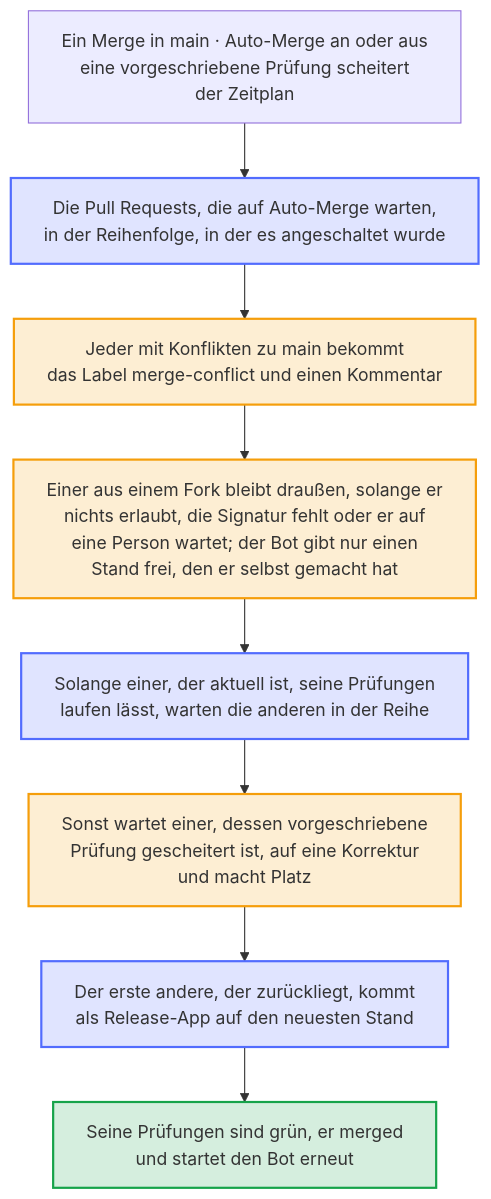
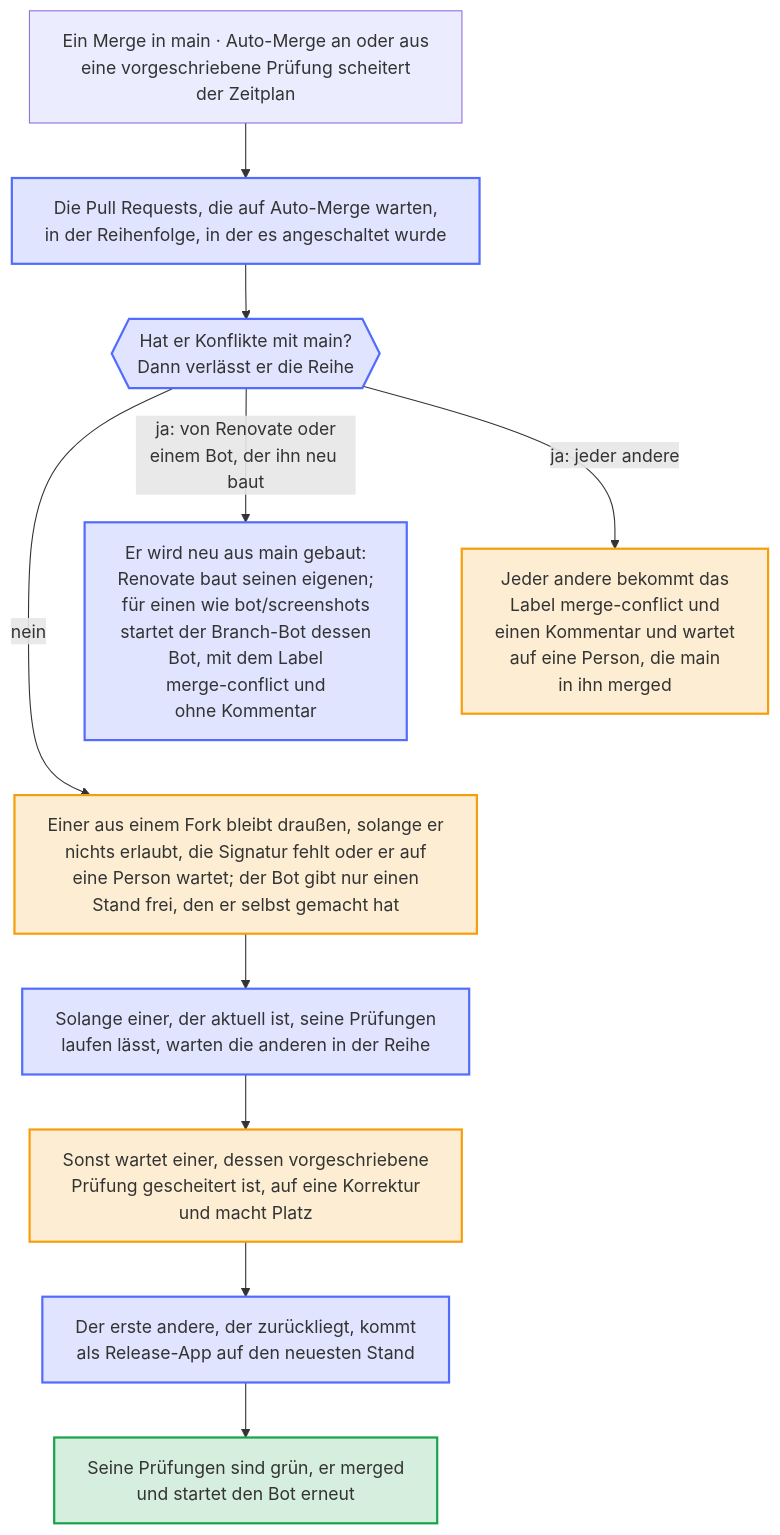
One commit to Dennis-Otto/repo-blueprint changed the diagram in docs/diagrams/the-line-of-the-branch-bot.de.mmd. Above: the diagram before and after it, drawn with Mermaid. The commit also changed 8 other files, not shown here.

First line of the commit message:
docs: the diagram of the branch bot shows the bot branches that it builds anew (#669)

```diff
--- a/docs/diagrams/the-line-of-the-branch-bot.de.mmd
+++ b/docs/diagrams/the-line-of-the-branch-bot.de.mmd
@@ -1,32 +1,39 @@
 ---
 config:
   flowchart:
     wrappingWidth: 400
 ---
 flowchart TB
     accTitle: Die Reihe des Branch-Bots
-    accDescr: Ein Merge in main, ein an- oder ausgeschaltetes Auto-Merge oder eine vorgeschriebene Prüfung eines Pull Requests, die scheitert, startet den Branch-Bot. Er nimmt die Pull Requests, die auf Auto-Merge warten, in der Reihenfolge, in der es angeschaltet wurde. Einer mit Konflikten zu main bekommt das Label merge-conflict und einen Kommentar. Einer aus einem Fork bleibt außerhalb der Reihe, solange sein Autor keine Änderungen durch Maintainer erlaubt, ein Commit keine geprüfte Signatur hat oder seine Läufe auf eine Person warten; der Bot gibt sie nur für einen Stand frei, den er selbst auf Commits gemacht hat, die eine Person freigegeben hat. Solange die Prüfungen eines aktuellen laufen, warten die anderen in der Reihe. Sonst wartet einer, dessen vorgeschriebene Prüfung gescheitert ist, auf eine Korrektur, und der Bot bringt den ersten anderen, der zurückliegt, als Release-App auf den neuesten Stand. Seine Prüfungen laufen, und sobald sie grün sind, merged er, was den Bot für den nächsten erneut startet.
+    accDescr: Ein Merge in main, ein an- oder ausgeschaltetes Auto-Merge oder eine vorgeschriebene Prüfung eines Pull Requests, die scheitert, startet den Branch-Bot. Er nimmt die Pull Requests, die auf Auto-Merge warten, in der Reihenfolge, in der es angeschaltet wurde. Einer mit Konflikten zu main verlässt die Reihe. Einen eigenen Branch baut Renovate neu. Der Branch eines Bots, der ihn neu baut, etwa bot/screenshots, bekommt das Label merge-conflict, und der Branch-Bot startet diesen Bot, der ihn neu aus main baut, ohne Kommentar, da niemand handeln muss. Jeder andere bekommt das Label merge-conflict und einen Kommentar und wartet auf eine Person, die main in ihn merged. Einer aus einem Fork bleibt außerhalb der Reihe, solange sein Autor keine Änderungen durch Maintainer erlaubt, ein Commit keine geprüfte Signatur hat oder seine Läufe auf eine Person warten; der Bot gibt sie nur für einen Stand frei, den er selbst auf Commits gemacht hat, die eine Person freigegeben hat. Solange die Prüfungen eines aktuellen laufen, warten die anderen in der Reihe. Sonst wartet einer, dessen vorgeschriebene Prüfung gescheitert ist, auf eine Korrektur, und der Bot bringt den ersten anderen, der zurückliegt, als Release-App auf den neuesten Stand. Seine Prüfungen laufen, und sobald sie grün sind, merged er, was den Bot für den nächsten erneut startet.
 
     start["Ein Merge in main · Auto-Merge an oder aus<br>eine vorgeschriebene Prüfung scheitert<br>der Zeitplan"]
     line["Die Pull Requests, die auf Auto-Merge warten,<br>in der Reihenfolge, in der es angeschaltet wurde"]
-    conflict["Jeder mit Konflikten zu main bekommt<br>das Label merge-conflict und einen Kommentar"]
+    conflict{{"Hat er Konflikte mit main?<br>Dann verlässt er die Reihe"}}
+    rebuilt["Er wird neu aus main gebaut:<br>Renovate baut seinen eigenen;<br>für einen wie bot/screenshots<br>startet der Branch-Bot dessen<br>Bot, mit dem Label<br>merge-conflict und<br>ohne Kommentar"]
+    comment["Jeder andere bekommt das<br>Label merge-conflict und<br>einen Kommentar und wartet<br>auf eine Person, die main<br>in ihn merged"]
     fork["Einer aus einem Fork bleibt draußen, solange er<br>nichts erlaubt, die Signatur fehlt oder er auf<br>eine Person wartet; der Bot gibt nur einen<br>Stand frei, den er selbst gemacht hat"]
     flight["Solange einer, der aktuell ist, seine Prüfungen<br>laufen lässt, warten die anderen in der Reihe"]
     failed["Sonst wartet einer, dessen vorgeschriebene<br>Prüfung gescheitert ist, auf eine Korrektur<br>und macht Platz"]
     update["Der erste andere, der zurückliegt, kommt<br>als Release-App auf den neuesten Stand"]
     merge["Seine Prüfungen sind grün, er merged<br>und startet den Bot erneut"]
 
     start --> line
     line --> conflict
-    conflict --> fork
+    conflict -- "ja: von Renovate oder<br>einem Bot, der ihn neu baut" --> rebuilt
+    conflict -- "nein" --> fork
+    conflict -- "ja: jeder andere" --> comment
+    %% The two ends of a conflict sit beside the line, which goes on below them.
+    rebuilt ~~~ fork
+    comment ~~~ fork
     fork --> flight
     flight --> failed
     failed --> update
     update --> merge
 
     classDef bot fill:#526cfe2e,stroke:#526cfe,stroke-width:2px
     classDef person fill:#f59e0b2e,stroke:#f59e0b,stroke-width:2px
     classDef done fill:#16a34a2e,stroke:#16a34a,stroke-width:2px
-    class line,flight,update bot
-    class conflict,fork,failed person
+    class line,conflict,rebuilt,flight,update bot
+    class comment,fork,failed person
     class merge done
```
